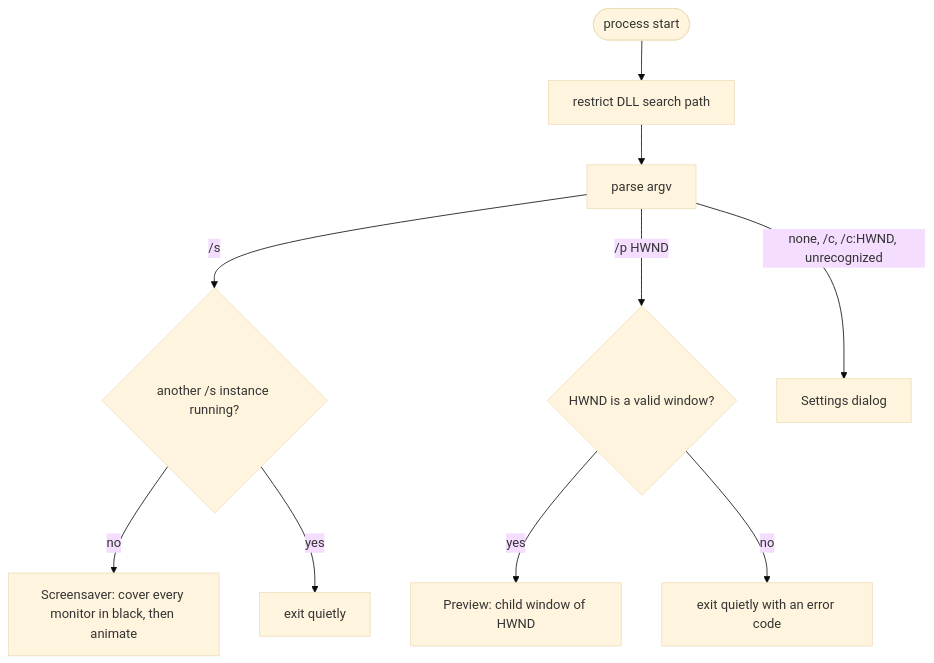
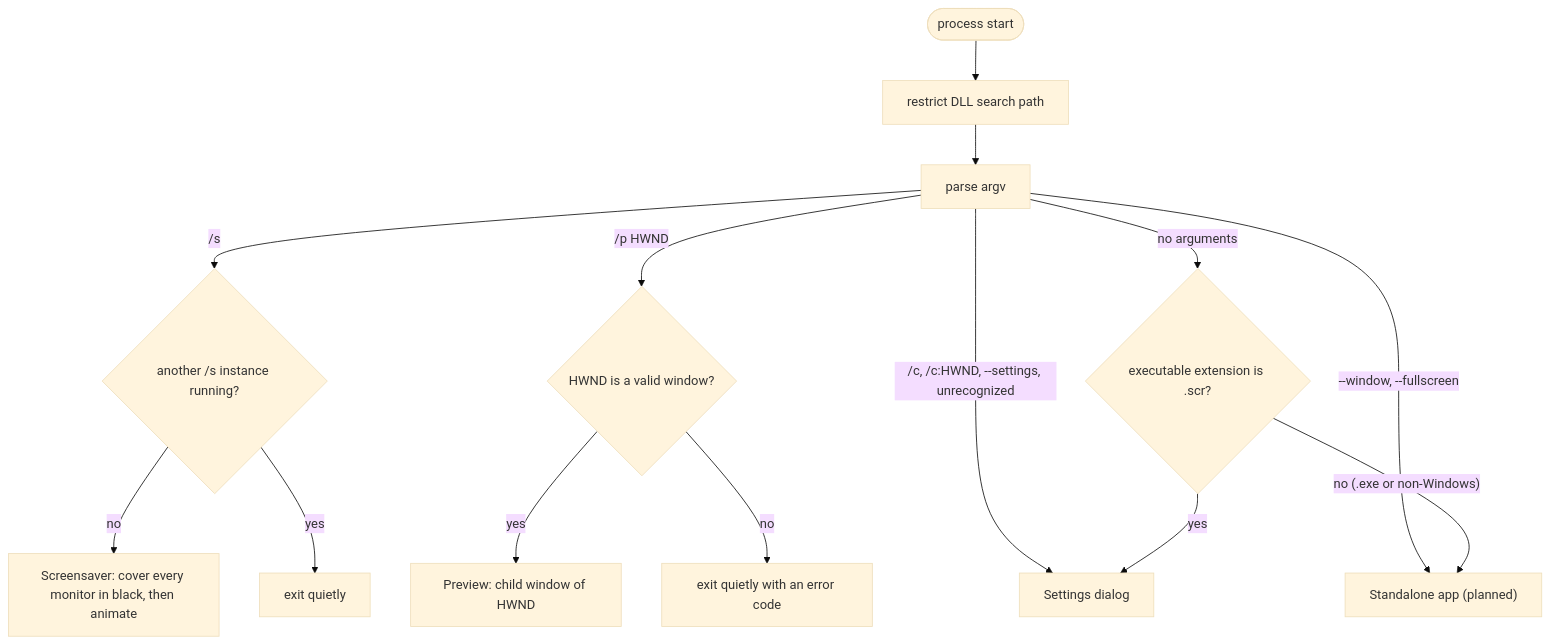
Before and after one commit to suchi/flying-microwave: the second of 3 diagrams in docs/design/architecture.md, drawn with Mermaid (base theme). The commit also changed other lines of this file, not shown here.

First line of the commit message:
docs: design for standalone window and fullscreen

````diff
--- a/docs/design/architecture.md
+++ b/docs/design/architecture.md
@@ -79,12 +88,16 @@
 ```mermaid
 flowchart TD
     start(["process start"]) --> harden["restrict DLL search path"]
     harden --> parse["parse argv"]
     parse -->|"/s"| single{"another /s instance running?"}
     single -->|"no"| saver["Screensaver: cover every monitor in black, then animate"]
     single -->|"yes"| quit1["exit quietly"]
     parse -->|"/p HWND"| valid{"HWND is a valid window?"}
     valid -->|"yes"| preview["Preview: child window of HWND"]
     valid -->|"no"| quit2["exit quietly with an error code"]
-    parse -->|"none, /c, /c:HWND, unrecognized"| settings["Settings dialog"]
+    parse -->|"/c, /c:HWND, --settings, unrecognized"| settings["Settings dialog"]
+    parse -->|"--window, --fullscreen"| standalone["Standalone app (planned)"]
+    parse -->|"no arguments"| ext{"executable extension is .scr?"}
+    ext -->|"yes"| settings
+    ext -->|"no (.exe or non-Windows)"| standalone
 ```
````
